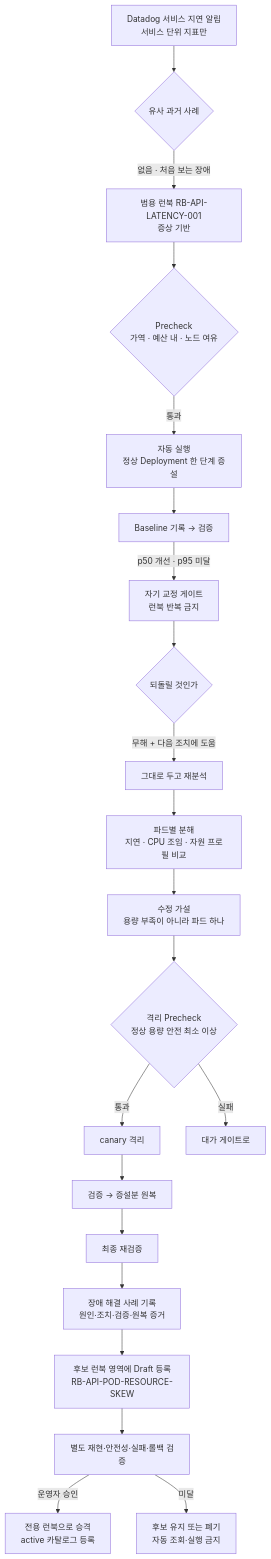
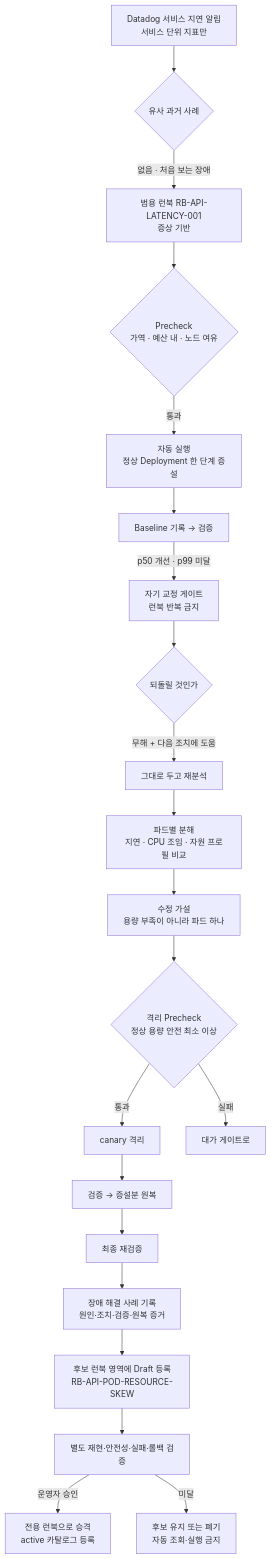
One commit to CJ-Only-One/O2-live-ai-ops changed the third of 4 diagrams in docs/scenario-experiment.md. Above: the diagram before and after it, drawn with Mermaid. The commit also changed other lines of this file and 1 other file, not shown here.

````diff
--- a/docs/scenario-experiment.md
+++ b/docs/scenario-experiment.md
@@ -260,23 +262,23 @@
 ```mermaid
 flowchart TB
     A["Datadog 서비스 지연 알림<br/>서비스 단위 지표만"] --> B{"유사 과거 사례"}
     B -->|"없음 · 처음 보는 장애"| C["범용 런북 RB-API-LATENCY-001<br/>증상 기반"]
     C --> D{"Precheck<br/>가역 · 예산 내 · 노드 여유"}
     D -->|"통과"| E["자동 실행<br/>정상 Deployment 한 단계 증설"]
     E --> F["Baseline 기록 → 검증"]
-    F -->|"p50 개선 · p95 미달"| G["자기 교정 게이트<br/>런북 반복 금지"]
+    F -->|"p50 개선 · p99 미달"| G["자기 교정 게이트<br/>런북 반복 금지"]
     G --> H{"되돌릴 것인가"}
     H -->|"무해 + 다음 조치에 도움"| I["그대로 두고 재분석"]
     I --> J["파드별 분해<br/>지연 · CPU 조임 · 자원 프로필 비교"]
     J --> K["수정 가설<br/>용량 부족이 아니라 파드 하나"]
     K --> L{"격리 Precheck<br/>정상 용량 안전 최소 이상"}
     L -->|"통과"| M["canary 격리"]
     L -->|"실패"| N["대가 게이트로"]
     M --> O["검증 → 증설분 원복"]
     O --> P["최종 재검증"]
     P --> Q["장애 해결 사례 기록<br/>원인·조치·검증·원복 증거"]
     Q --> R["후보 런북 영역에 Draft 등록<br/>RB-API-POD-RESOURCE-SKEW"]
     R --> S["별도 재현·안전성·실패·롤백 검증"]
     S -->|"운영자 승인"| T["전용 런북으로 승격<br/>active 카탈로그 등록"]
     S -->|"미달"| U["후보 유지 또는 폐기<br/>자동 조회·실행 금지"]
 ```
````
